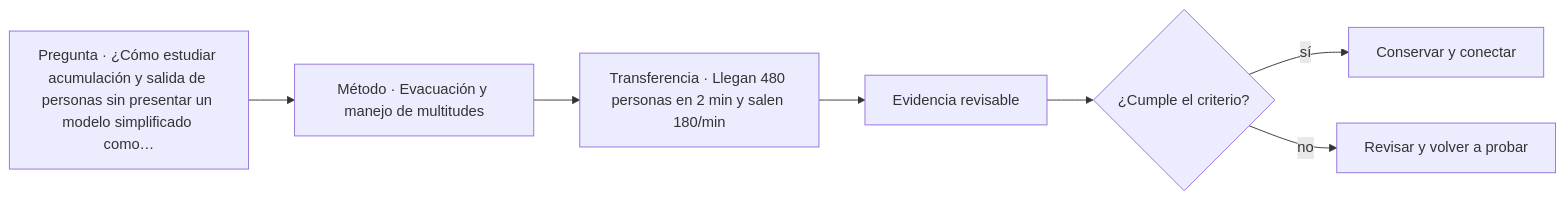
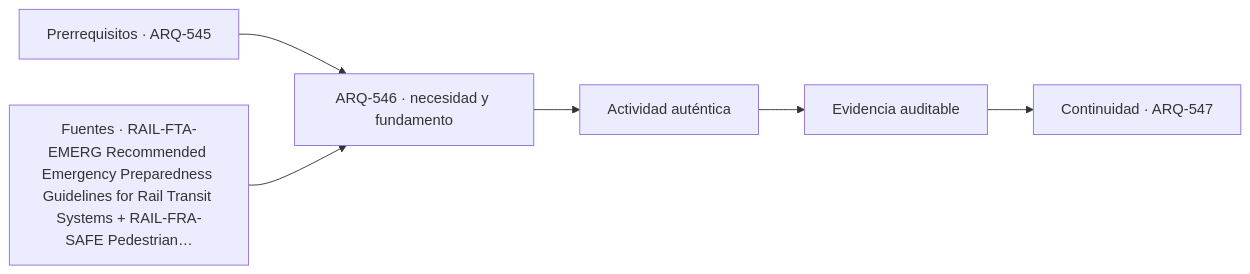
The diagram in classes/parte-55/ARQ-546.md (vladimiracunadev-create/architecture-built-environment-learning-program), drawn with Mermaid before and after one commit. The commit also changed other lines of this file and 761 other files, not shown here.

````diff
--- a/classes/parte-55/ARQ-546.md
+++ b/classes/parte-55/ARQ-546.md
@@ -95,9 +107,8 @@
 ```mermaid
 flowchart LR
-    Q["Pregunta · ¿Cómo estudiar acumulación y salida de personas sin presentar un modelo simplificado como…"] --> M["Método · Evacuación y manejo de multitudes"]
-    M --> P["Transferencia · Llegan 480 personas en 2 min y salen 180/min"]
-    P --> E["Evidencia revisable"]
-    E --> C{"¿Cumple el criterio?"}
-    C -->|sí| T["Conservar y conectar"]
-    C -->|no| R["Revisar y volver a probar"]
+    A["Prerrequisitos · ARQ-545"] --> B["ARQ-546 · necesidad y fundamento"]
+    S["Fuentes · RAIL-FTA-EMERG Recommended Emergency Preparedness Guidelines for Rail Transit Systems + RAIL-FRA-SAFE Pedestrian…"] --> B
+    B --> C["Actividad auténtica"]
+    C --> D["Evidencia auditable"]
+    D --> E["Continuidad · ARQ-547"]
 ```
````
